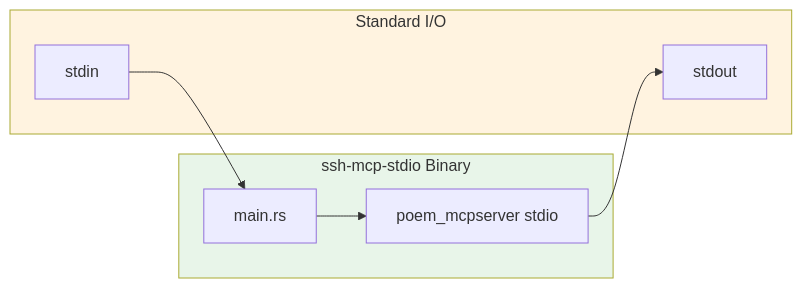
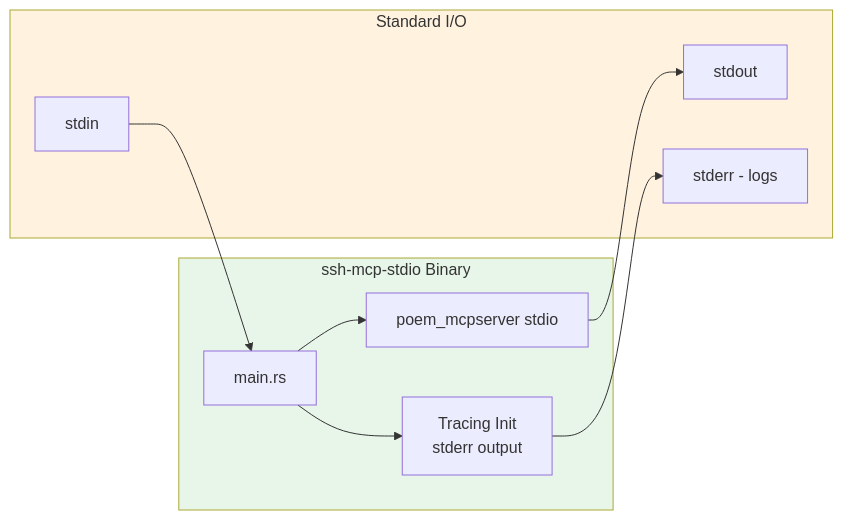
The ninth of 10 diagrams in docs/ARCHITECTURE.md (farchanjo/ssh-mcp), drawn with Mermaid before and after one commit. The commit also changed other lines of this file and 3 other files, not shown here.

First line of the commit message:
docs: update all documentation for RSA hash and modular architecture

````diff
--- a/docs/ARCHITECTURE.md
+++ b/docs/ARCHITECTURE.md
@@ -476,19 +621,23 @@
 ```mermaid
 flowchart LR
     subgraph Binary["ssh-mcp-stdio Binary"]
         Main["main.rs"]
+        TracingInit["Tracing Init<br/>stderr output"]
         Stdio["poem_mcpserver stdio"]
     end
 
     subgraph IO["Standard I/O"]
         STDIN["stdin"]
         STDOUT["stdout"]
+        STDERR["stderr - logs"]
     end
 
     STDIN --> Main
+    Main --> TracingInit
+    TracingInit --> STDERR
     Main --> Stdio
     Stdio --> STDOUT
 
     style Binary fill:#e8f5e9
     style IO fill:#fff3e0
 ```
````
